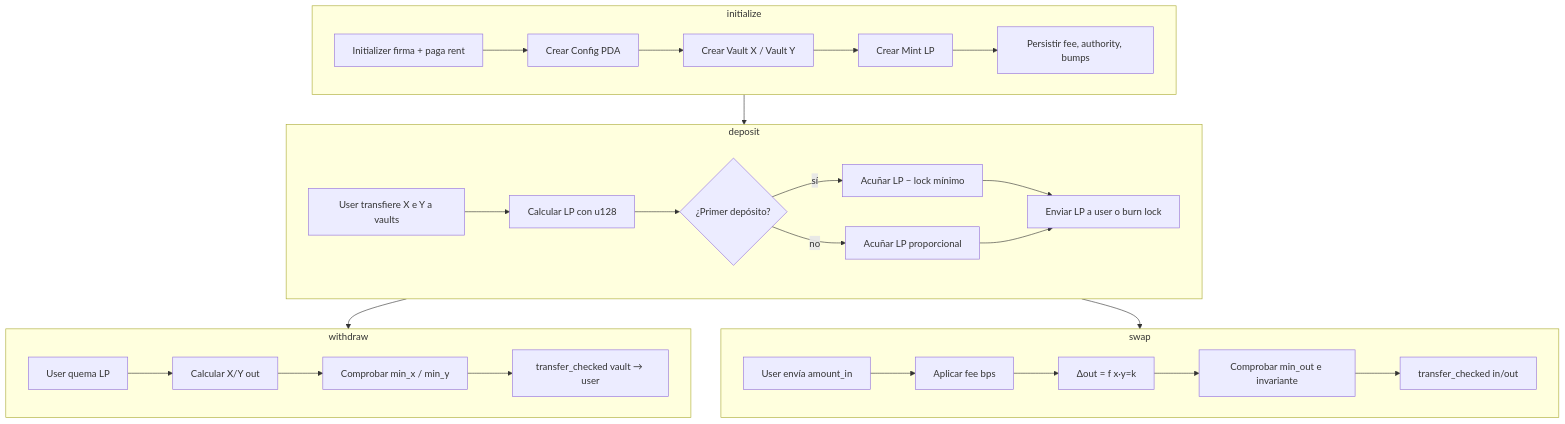
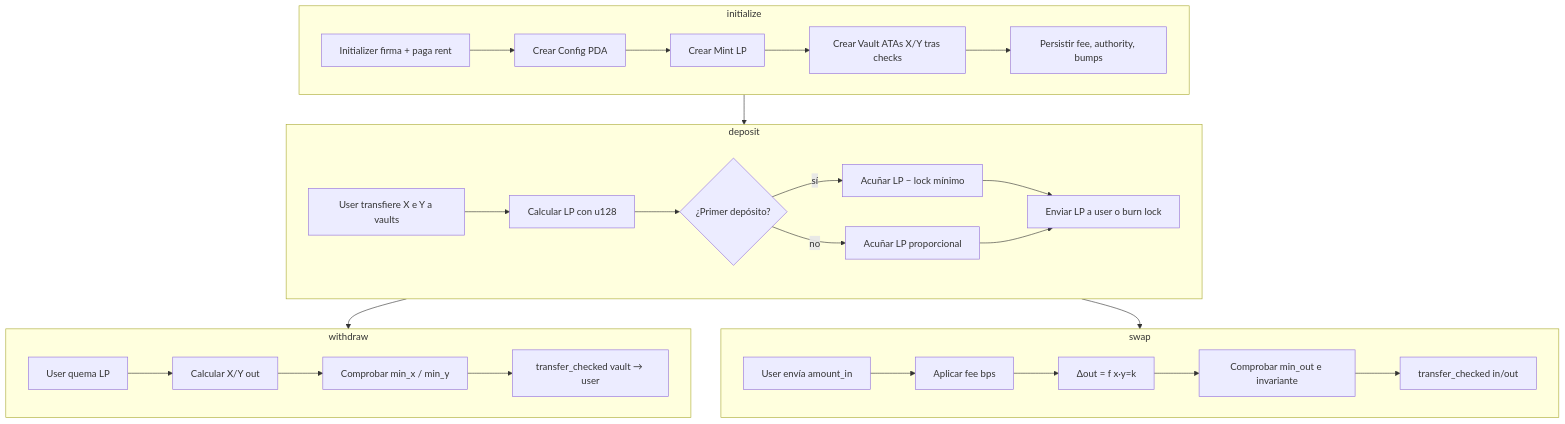
The second of 2 diagrams in doc/diagrama-flujo.md (rastrahm/solana-amm-anchor), drawn with Mermaid before and after one commit. The commit also changed 12 other files, not shown here.

````diff
--- a/doc/diagrama-flujo.md
+++ b/doc/diagrama-flujo.md
@@ -54,35 +54,35 @@
 ```mermaid
 flowchart TB
     subgraph Init["initialize"]
         I1[Initializer firma + paga rent] --> I2[Crear Config PDA]
-        I2 --> I3[Crear Vault X / Vault Y]
-        I3 --> I4[Crear Mint LP]
+        I2 --> I3[Crear Mint LP]
+        I3 --> I4[Crear Vault ATAs X/Y tras checks]
         I4 --> I5[Persistir fee, authority, bumps]
     end
 
     subgraph Dep["deposit"]
         D1[User transfiere X e Y a vaults] --> D2[Calcular LP con u128]
         D2 --> D3{¿Primer depósito?}
         D3 -->|sí| D4[Acuñar LP − lock mínimo]
         D3 -->|no| D5[Acuñar LP proporcional]
         D4 --> D6[Enviar LP a user o burn lock]
         D5 --> D6
     end
 
     subgraph Wdr["withdraw"]
         W1[User quema LP] --> W2[Calcular X/Y out]
         W2 --> W3[Comprobar min_x / min_y]
         W3 --> W4[transfer_checked vault → user]
     end
 
     subgraph Swp["swap"]
         S1[User envía amount_in] --> S2[Aplicar fee bps]
         S2 --> S3[Δout = f x·y=k]
         S3 --> S4[Comprobar min_out e invariante]
         S4 --> S5[transfer_checked in/out]
     end
 
     Init --> Dep
     Dep --> Wdr
     Dep --> Swp
 ```
````
